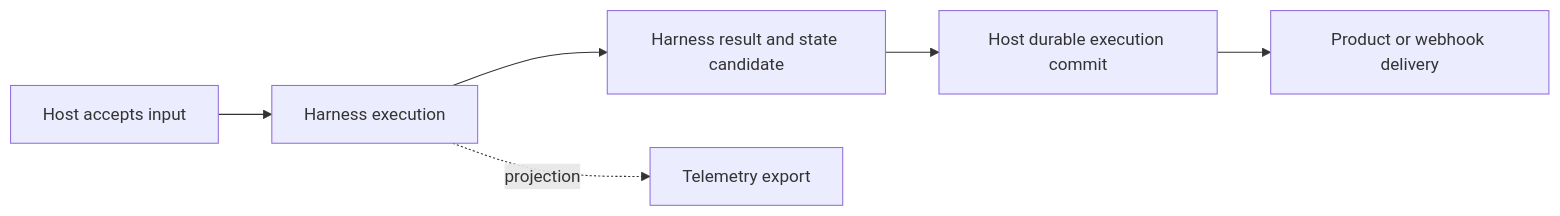
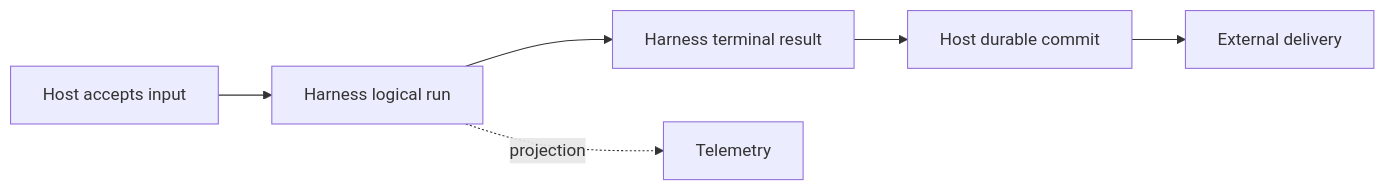
One commit to LTThreeComma/agent-foundation changed the fourth of 4 diagrams in spec/README.md. Above: the diagram before and after it, drawn with Mermaid. The commit also changed other lines of this file and 31 other files, not shown here.

````diff
--- a/spec/README.md
+++ b/spec/README.md
@@ -230,8 +198,8 @@
 ```mermaid
 flowchart LR
-    Accept[Host accepts input] --> Execute[Harness execution]
-    Execute --> Candidate[Harness result and state candidate]
-    Candidate --> Commit[Host durable execution commit]
-    Commit --> Deliver[Product or webhook delivery]
-    Execute -. projection .-> Telemetry[Telemetry export]
+    Accept[Host accepts input] --> Run[Harness logical run]
+    Run --> Candidate[Harness terminal result]
+    Candidate --> Commit[Host durable commit]
+    Commit --> Deliver[External delivery]
+    Run -. projection .-> Telemetry[Telemetry]
 ```
````
